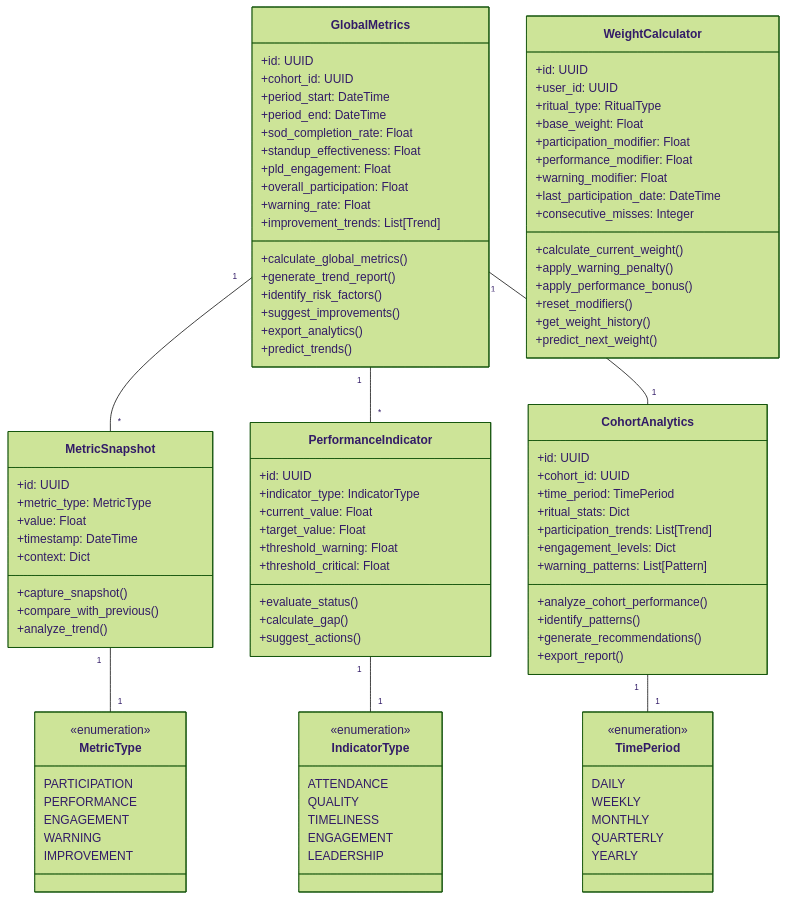
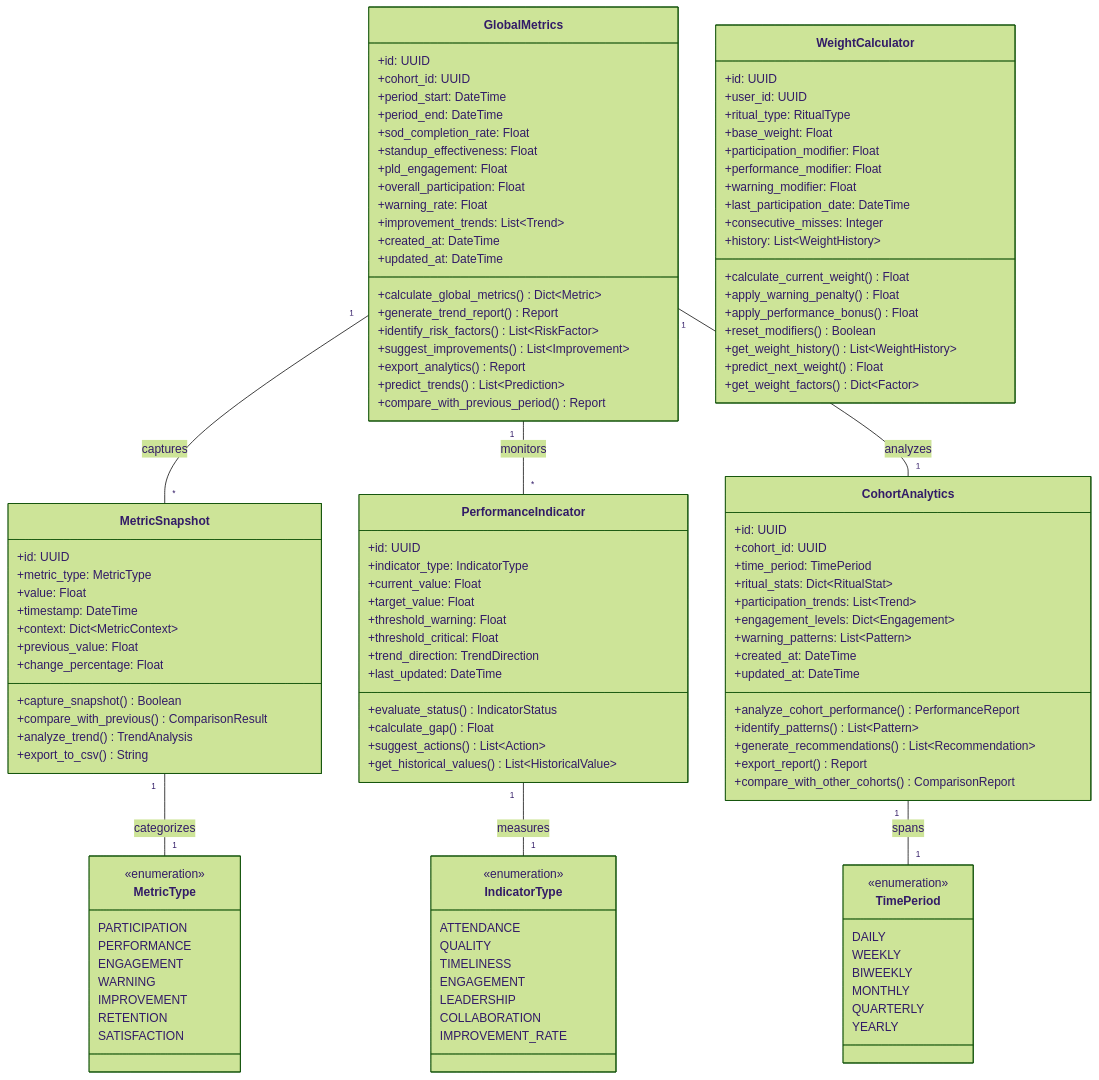
One commit to Noziop/holberton_rituals changed the diagram in docs/uml/metrics/metrics.mmd. Above: the diagram before and after it, drawn with Mermaid (forest theme). The commit also changed 8 other files, not shown here.

First line of the commit message:
feat(uml): enhance all diagrams with detailed specifications

```diff
--- a/docs/uml/metrics/metrics.mmd
+++ b/docs/uml/metrics/metrics.mmd
@@ -1,108 +1,128 @@
 classDiagram
+    %% Global Analytics System
     class GlobalMetrics {
         +id: UUID
         +cohort_id: UUID
         +period_start: DateTime
         +period_end: DateTime
         +sod_completion_rate: Float
         +standup_effectiveness: Float
         +pld_engagement: Float
         +overall_participation: Float
         +warning_rate: Float
-        +improvement_trends: List[Trend]
-        +calculate_global_metrics()
-        +generate_trend_report()
-        +identify_risk_factors()
-        +suggest_improvements()
-        +export_analytics()
-        +predict_trends()
+        +improvement_trends: List~Trend~
+        +created_at: DateTime
+        +updated_at: DateTime
+        +calculate_global_metrics() Dict~Metric~
+        +generate_trend_report() Report
+        +identify_risk_factors() List~RiskFactor~
+        +suggest_improvements() List~Improvement~
+        +export_analytics() Report
+        +predict_trends() List~Prediction~
+        +compare_with_previous_period() Report
     }
 
     class WeightCalculator {
         +id: UUID
         +user_id: UUID
         +ritual_type: RitualType
         +base_weight: Float
         +participation_modifier: Float
         +performance_modifier: Float
         +warning_modifier: Float
         +last_participation_date: DateTime
         +consecutive_misses: Integer
-        +calculate_current_weight()
-        +apply_warning_penalty()
-        +apply_performance_bonus()
-        +reset_modifiers()
-        +get_weight_history()
-        +predict_next_weight()
+        +history: List~WeightHistory~
+        +calculate_current_weight() Float
+        +apply_warning_penalty() Float
+        +apply_performance_bonus() Float
+        +reset_modifiers() Boolean
+        +get_weight_history() List~WeightHistory~
+        +predict_next_weight() Float
+        +get_weight_factors() Dict~Factor~
     }
 
     class MetricSnapshot {
         +id: UUID
         +metric_type: MetricType
         +value: Float
         +timestamp: DateTime
-        +context: Dict
-        +capture_snapshot()
-        +compare_with_previous()
-        +analyze_trend()
+        +context: Dict~MetricContext~
+        +previous_value: Float
+        +change_percentage: Float
+        +capture_snapshot() Boolean
+        +compare_with_previous() ComparisonResult
+        +analyze_trend() TrendAnalysis
+        +export_to_csv() String
     }
 
     class PerformanceIndicator {
         +id: UUID
         +indicator_type: IndicatorType
         +current_value: Float
         +target_value: Float
         +threshold_warning: Float
         +threshold_critical: Float
-        +evaluate_status()
-        +calculate_gap()
-        +suggest_actions()
+        +trend_direction: TrendDirection
+        +last_updated: DateTime
+        +evaluate_status() IndicatorStatus
+        +calculate_gap() Float
+        +suggest_actions() List~Action~
+        +get_historical_values() List~HistoricalValue~
     }
 
     class CohortAnalytics {
         +id: UUID
         +cohort_id: UUID
         +time_period: TimePeriod
-        +ritual_stats: Dict
-        +participation_trends: List[Trend]
-        +engagement_levels: Dict
-        +warning_patterns: List[Pattern]
-        +analyze_cohort_performance()
-        +identify_patterns()
-        +generate_recommendations()
-        +export_report()
+        +ritual_stats: Dict~RitualStat~
+        +participation_trends: List~Trend~
+        +engagement_levels: Dict~Engagement~
+        +warning_patterns: List~Pattern~
+        +created_at: DateTime
+        +updated_at: DateTime
+        +analyze_cohort_performance() PerformanceReport
+        +identify_patterns() List~Pattern~
+        +generate_recommendations() List~Recommendation~
+        +export_report() Report
+        +compare_with_other_cohorts() ComparisonReport
     }
 
     class MetricType {
         <<enumeration>>
         PARTICIPATION
         PERFORMANCE
         ENGAGEMENT
         WARNING
         IMPROVEMENT
+        RETENTION
+        SATISFACTION
     }
 
     class IndicatorType {
         <<enumeration>>
         ATTENDANCE
         QUALITY
         TIMELINESS
         ENGAGEMENT
         LEADERSHIP
+        COLLABORATION
+        IMPROVEMENT_RATE
     }
 
     class TimePeriod {
         <<enumeration>>
         DAILY
         WEEKLY
+        BIWEEKLY
         MONTHLY
         QUARTERLY
         YEARLY
     }
 
-    GlobalMetrics "1" -- "*" MetricSnapshot
-    GlobalMetrics "1" -- "*" PerformanceIndicator
-    GlobalMetrics "1" -- "1" CohortAnalytics
-    MetricSnapshot "1" -- "1" MetricType
-    PerformanceIndicator "1" -- "1" IndicatorType
-    CohortAnalytics "1" -- "1" TimePeriod
+    GlobalMetrics "1" -- "*" MetricSnapshot : captures
+    GlobalMetrics "1" -- "*" PerformanceIndicator : monitors
+    GlobalMetrics "1" -- "1" CohortAnalytics : analyzes
+    MetricSnapshot "1" -- "1" MetricType : categorizes
+    PerformanceIndicator "1" -- "1" IndicatorType : measures
+    CohortAnalytics "1" -- "1" TimePeriod : spans
```
